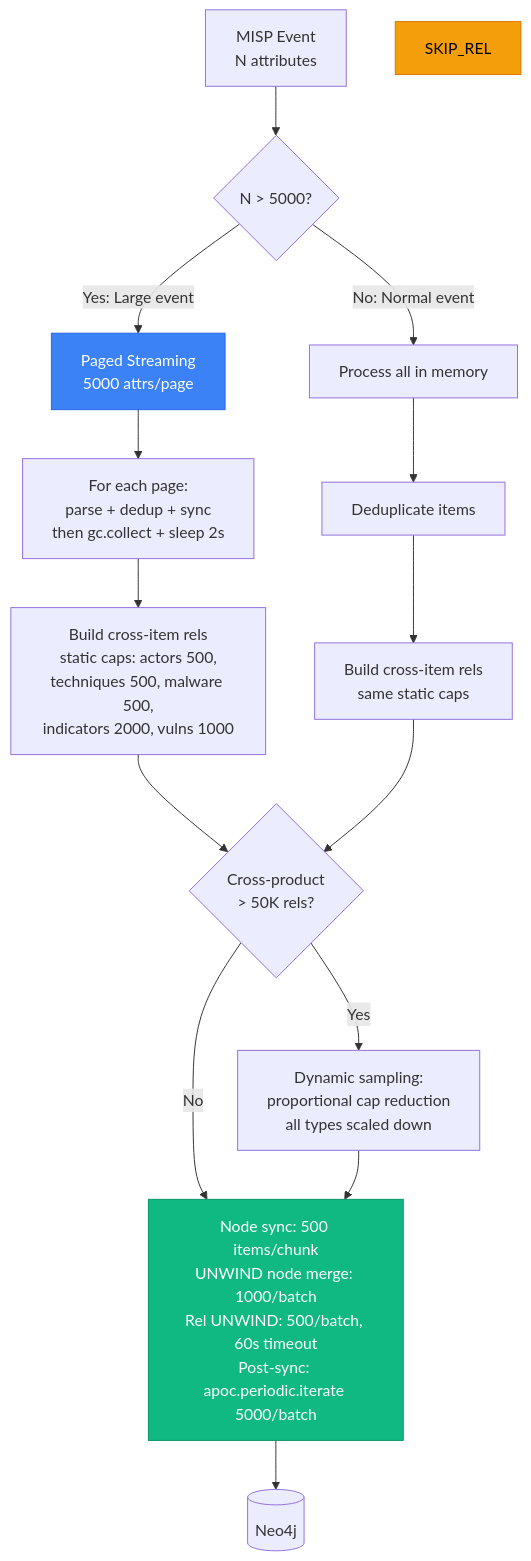
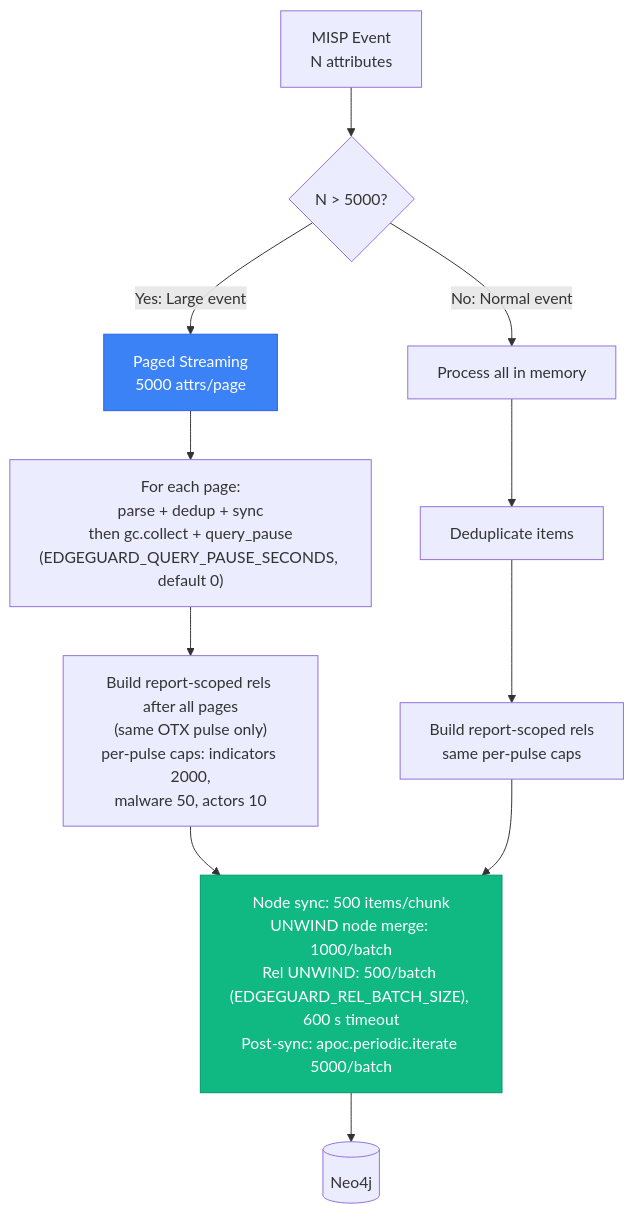
Before and after one commit to Kopanov/EdgeGuard-Knowledge-Graph: the seventh of 8 diagrams in docs/ARCHITECTURE_DIAGRAMS.md, drawn with Mermaid. The commit also changed other lines of this file and 5 other files, not shown here.

First line of the commit message:
docs(architecture): correct the architecture, methodology and timestamp documents

````diff
--- a/docs/ARCHITECTURE_DIAGRAMS.md
+++ b/docs/ARCHITECTURE_DIAGRAMS.md
@@ -267,23 +278,19 @@
 ```mermaid
 flowchart TD
     EVENT[MISP Event<br/>N attributes] --> CHECK{N > 5000?}
 
     CHECK -->|Yes: Large event| PAGED[Paged Streaming<br/>5000 attrs/page]
     CHECK -->|No: Normal event| NORMAL[Process all in memory]
 
-    PAGED --> PAGE_LOOP[For each page:<br/>parse + dedup + sync<br/>then gc.collect + sleep 2s]
-    PAGE_LOOP --> BUILD_REL_P[Build cross-item rels<br/>static caps: actors 500,<br/>techniques 500, malware 500,<br/>indicators 2000, vulns 1000]
+    PAGED --> PAGE_LOOP["For each page:<br/>parse + dedup + sync<br/>then gc.collect + query_pause<br/>(EDGEGUARD_QUERY_PAUSE_SECONDS, default 0)"]
+    PAGE_LOOP --> BUILD_REL_P["Build report-scoped rels after all pages<br/>(same OTX pulse only)<br/>per-pulse caps: indicators 2000,<br/>malware 50, actors 10"]
 
     NORMAL --> DEDUP_N[Deduplicate items]
-    DEDUP_N --> BUILD_REL_N[Build cross-item rels<br/>same static caps]
+    DEDUP_N --> BUILD_REL_N["Build report-scoped rels<br/>same per-pulse caps"]
 
-    BUILD_REL_P & BUILD_REL_N --> DYN{Cross-product<br/>> 50K rels?}
-    DYN -->|Yes| REDUCE[Dynamic sampling:<br/>proportional cap reduction<br/>all types scaled down]
-    DYN -->|No| CHUNK
-    REDUCE --> CHUNK[Node sync: 500 items/chunk<br/>UNWIND node merge: 1000/batch<br/>Rel UNWIND: 500/batch, 60s timeout<br/>Post-sync: apoc.periodic.iterate 5000/batch]
+    BUILD_REL_P & BUILD_REL_N --> CHUNK["Node sync: 500 items/chunk<br/>UNWIND node merge: 1000/batch<br/>Rel UNWIND: 500/batch (EDGEGUARD_REL_BATCH_SIZE), 600 s timeout<br/>Post-sync: apoc.periodic.iterate 5000/batch"]
     CHUNK --> NEO4J[(Neo4j)]
 
     style PAGED fill:#3b82f6,stroke:#2563eb,color:#fff
-    style SKIP_REL fill:#f59e0b,stroke:#d97706,color:#000
     style CHUNK fill:#10b981,stroke:#059669,color:#fff
 ```
````
